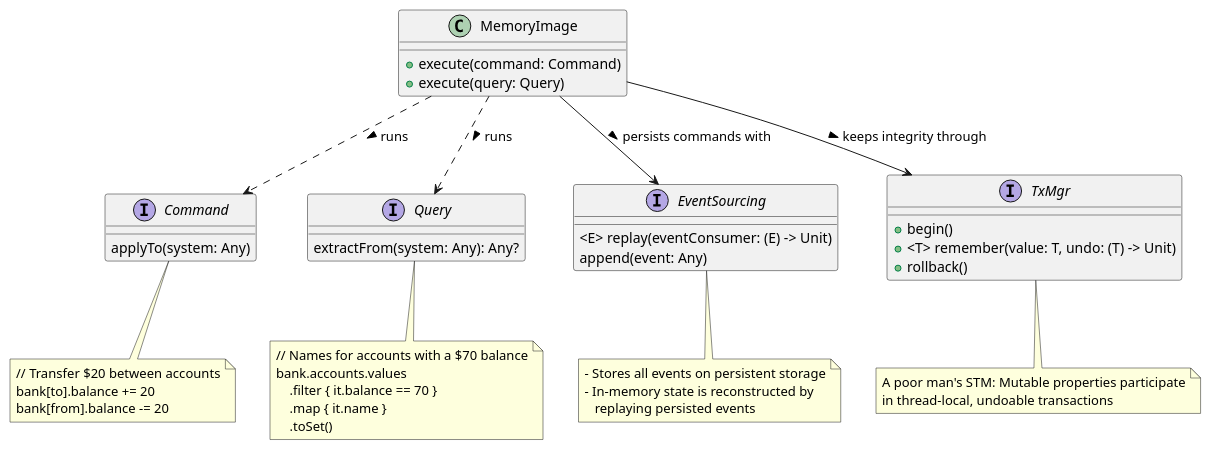
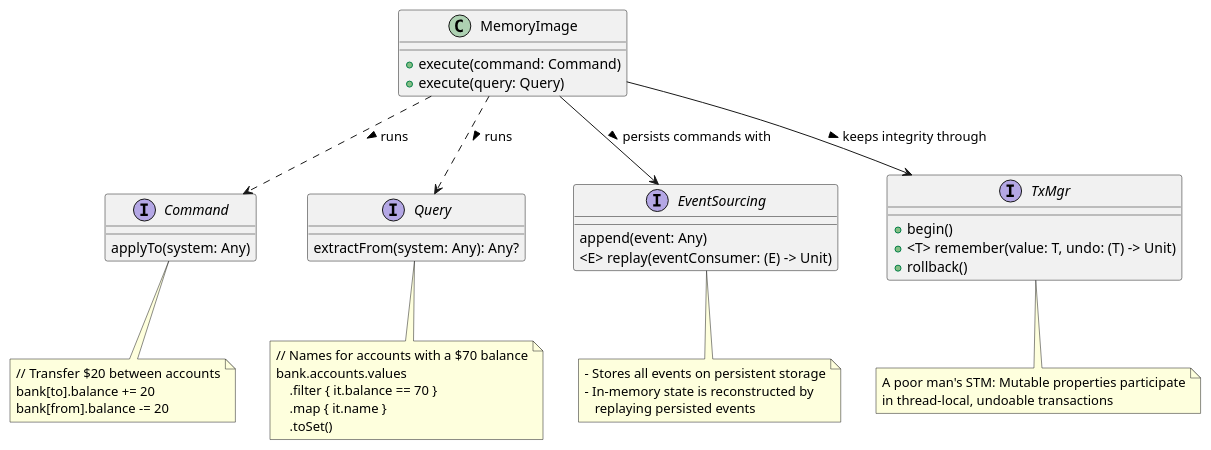
Before and after one commit to xrrocha/kmemimg: the diagram in kmemimg.puml, drawn with PlantUML. The commit also changed other lines of this file and 1 other file, not shown here.

```diff
--- a/kmemimg.puml
+++ b/kmemimg.puml
@@ -1,55 +1,55 @@
 @startuml
 
 class MemoryImage {
     + execute(command: Command)
     + execute(query: Query)
 }
 MemoryImage ..> Command: runs >
 MemoryImage ..> Query: runs >
 MemoryImage --> EventSourcing: persists commands with >
 MemoryImage --> TxMgr: keeps integrity through >
 
 together {
     interface EventSourcing {
+        append(event: Any)
         <E> replay(eventConsumer: (E) -> Unit)
-        append(event: Any)
     }
     note bottom of EventSourcing
         - Stores all events on persistent storage
         - In-memory state is reconstructed by
            replaying persisted events
     end note
     interface TxMgr {
         + begin()
         + <T> remember(value: T, undo: (T) -> Unit)
         + rollback()
     }
     note bottom of TxMgr
         A poor man's STM: Mutable properties participate
         in thread-local, undoable transactions
     end note
 }
 
 together {
     interface Command {
         applyTo(system: Any)
     }
     note bottom of Command
         // Transfer $20 between accounts
         bank[to].balance += 20
         bank[from].balance -= 20
     end note
 
     interface Query {
         extractFrom(system: Any): Any?
     }
     note bottom of Query
         // Names for accounts with a $70 balance
         bank.accounts.values
             .filter { it.balance == 70 }
             .map { it.name }
             .toSet()
     end note
 }
 
 @enduml
```
